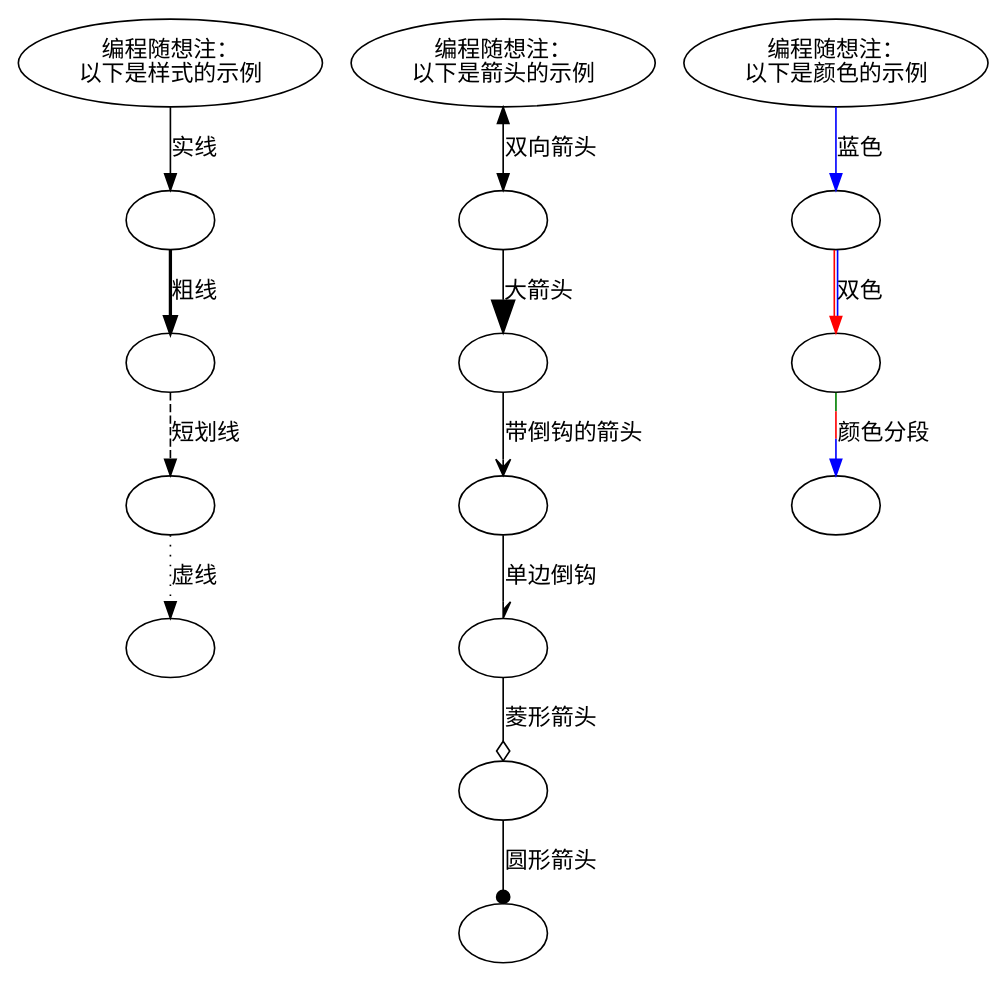
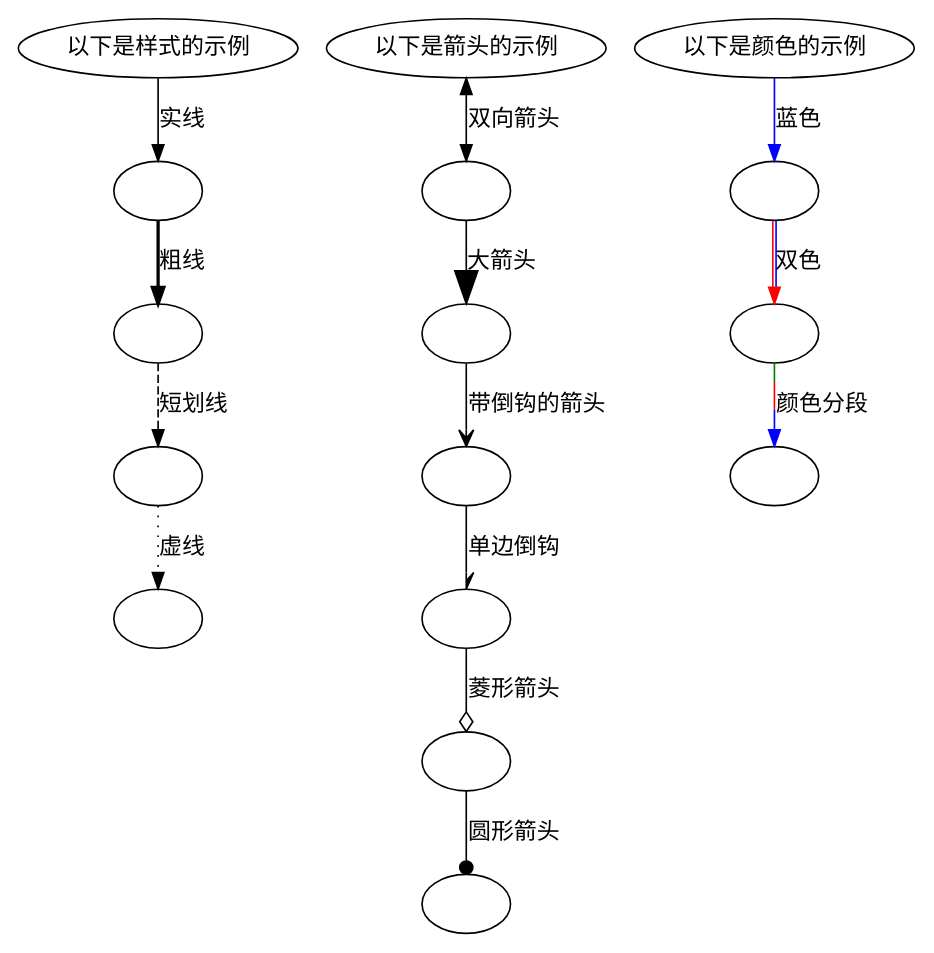
The fourth of 6 diagrams in blog/software/graphviz.org (pinvondev/pinvondev.github.io), drawn with Graphviz before and after one commit. The commit also changed other lines of this file and 1 other file, not shown here.

```diff
--- a/blog/software/graphviz.org
+++ b/blog/software/graphviz.org
@@ -129,27 +129,27 @@
 #+BEGIN_SRC DOT
 digraph edge_attr
 {
-    style0[label="编程随想注：\n以下是样式的示例"];
+    style0[label="以下是样式的示例"];
     style1[label=""] style2[label=""] style3[label=""] style4[label=""];
 
     style0 -> style1 [style=solid, label="实线"];
     style1 -> style2 [style=bold, label="粗线"];
     style2 -> style3 [style=dashed, label="短划线"];
     style3 -> style4 [style=dotted, label="虚线"];
 
-    arrow0[label="编程随想注：\n以下是箭头的示例"];
+    arrow0[label="以下是箭头的示例"];
     arrow1[label=""] arrow2[label=""] arrow3[label=""] arrow4[label=""] arrow5[label=""] arrow6[label=""];
     arrow0 -> arrow1 [dir=both, label="双向箭头"];
     arrow1 -> arrow2 [arrowsize=2.0, label="大箭头"];
     arrow2 -> arrow3 [arrowhead="open", label="带倒钩的箭头"];
     arrow3 -> arrow4 [arrowhead="halfopen", label="单边倒钩"];
     arrow4 -> arrow5 [arrowhead="ediamond", label="菱形箭头"];
     arrow5 -> arrow6 [arrowhead="dot", label="圆形箭头"];
 
-    color0[label="编程随想注：\n以下是颜色的示例"];
+    color0[label="以下是颜色的示例"];
     color1[label=""] color2[label=""] color3[label=""];
     color0 -> color1 [color="blue", label="蓝色"];
     color1 -> color2 [color="red:blue", label="双色"];
     color2 -> color3 [color="green:red;0.4:blue", label="颜色分段"];
 }
 #+END_SRC
```
